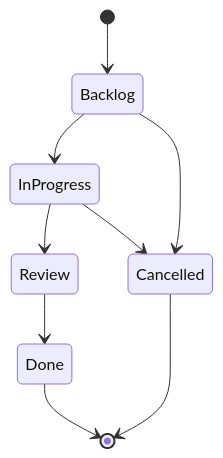
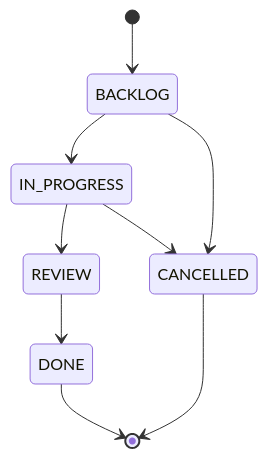
The first of 2 diagrams in README.md (maxnykoliv/TaskManagementAPI), drawn with Mermaid before and after one commit. The commit also changed other lines of this file, not shown here.

````diff
--- a/README.md
+++ b/README.md
@@ -187,11 +139,11 @@
 ```mermaid
 stateDiagram-v2
-    [*] --> Backlog
-    Backlog --> InProgress
-    Backlog --> Cancelled
-    InProgress --> Review
-    InProgress --> Cancelled
-    Review --> Done
-    Done --> [*]
-    Cancelled --> [*]
+    [*] --> BACKLOG
+    BACKLOG --> IN_PROGRESS
+    BACKLOG --> CANCELLED
+    IN_PROGRESS --> REVIEW
+    IN_PROGRESS --> CANCELLED
+    REVIEW --> DONE
+    DONE --> [*]
+    CANCELLED --> [*]
 ```
````
